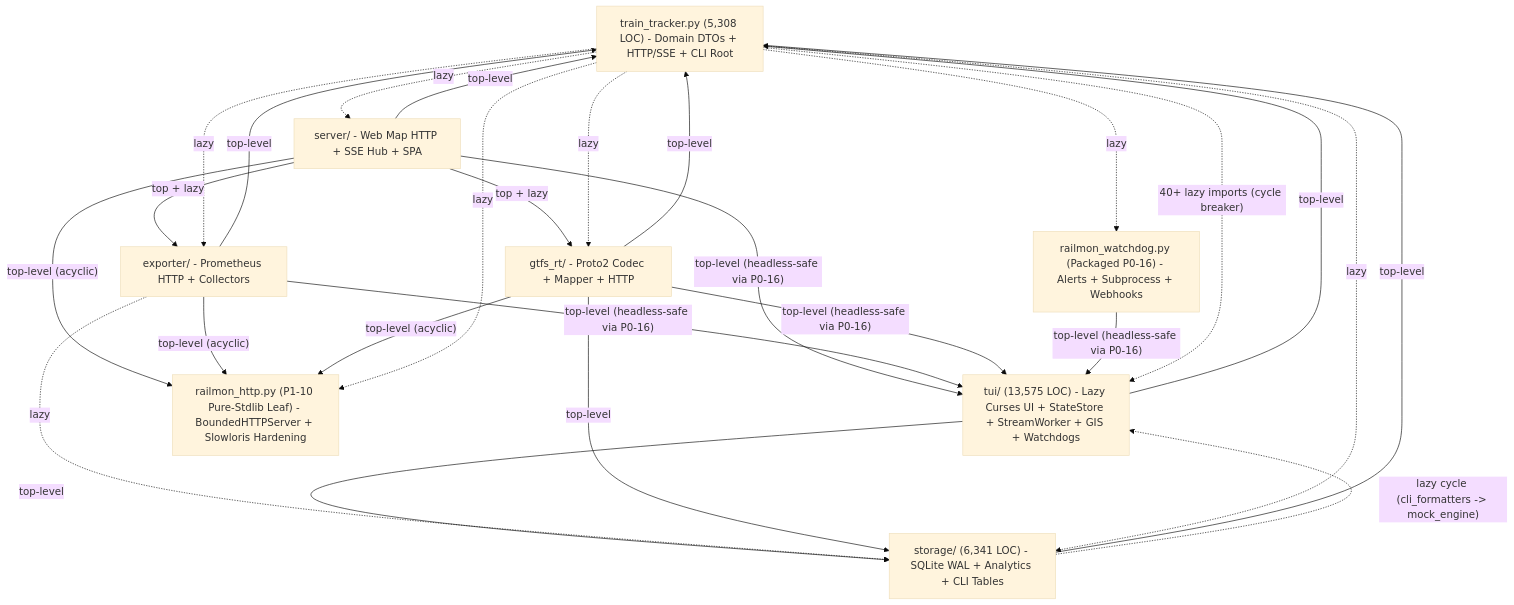
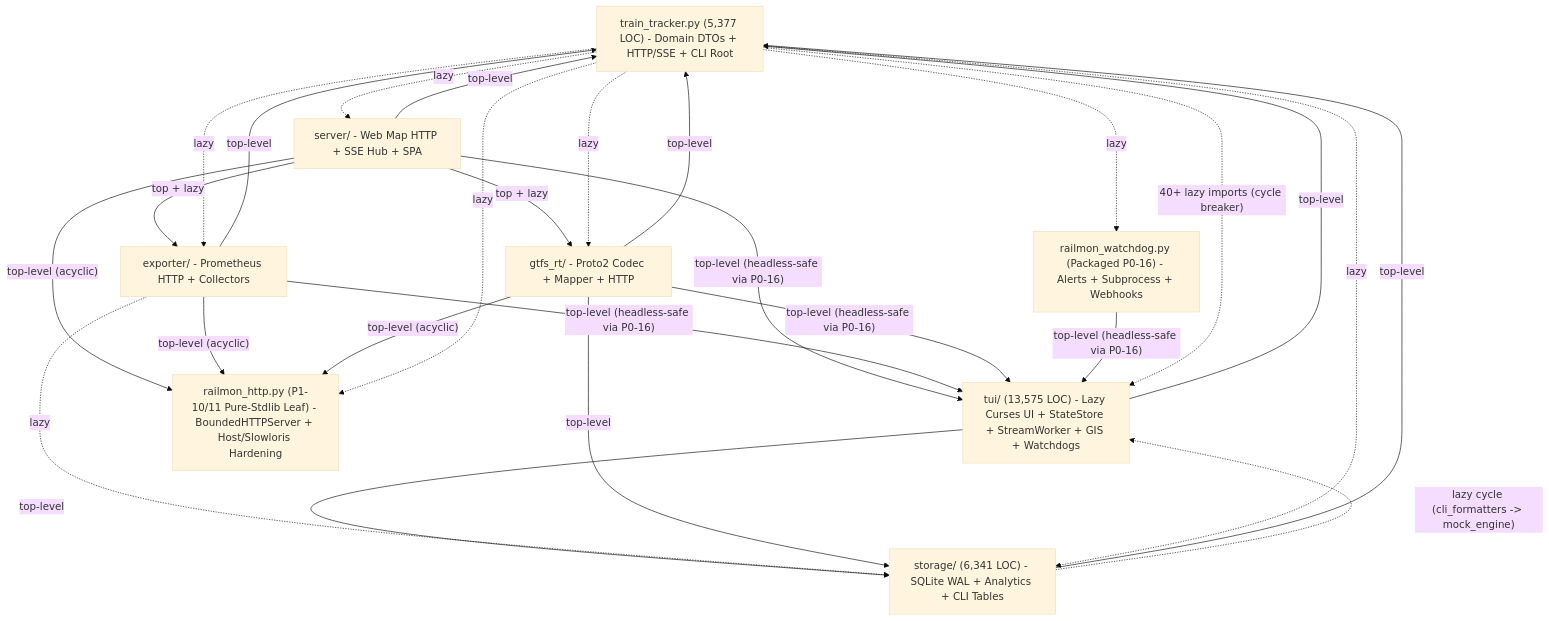
Before and after one commit to svagionitis/railmon: the first of 2 diagrams in docs/architecture/codebase-architecture-review.md, drawn with Mermaid (base theme). The commit also changed other lines of this file and 8 other files, not shown here.

````diff
--- a/docs/architecture/codebase-architecture-review.md
+++ b/docs/architecture/codebase-architecture-review.md
@@ -77,37 +77,37 @@
 ```mermaid
 flowchart TD
-    TT["train_tracker.py (5,308 LOC) - Domain DTOs + HTTP/SSE + CLI Root"]
+    TT["train_tracker.py (5,377 LOC) - Domain DTOs + HTTP/SSE + CLI Root"]
     TUI["tui/ (13,575 LOC) - Lazy Curses UI + StateStore + StreamWorker + GIS + Watchdogs"]
     STO["storage/ (6,341 LOC) - SQLite WAL + Analytics + CLI Tables"]
     SRV["server/ - Web Map HTTP + SSE Hub + SPA"]
     EXP["exporter/ - Prometheus HTTP + Collectors"]
     GTF["gtfs_rt/ - Proto2 Codec + Mapper + HTTP"]
     WDG["railmon_watchdog.py (Packaged P0-16) - Alerts + Subprocess + Webhooks"]
-    HTTP["railmon_http.py (P1-10 Pure-Stdlib Leaf) - BoundedHTTPServer + Slowloris Hardening"]
+    HTTP["railmon_http.py (P1-10/11 Pure-Stdlib Leaf) - BoundedHTTPServer + Host/Slowloris Hardening"]
 
     TUI -->|"top-level"| TT
     TUI -->|"top-level"| STO
     STO -->|"top-level"| TT
     STO -.->|"lazy cycle (cli_formatters -> mock_engine)"| TUI
     SRV -->|"top-level"| TT
     SRV -->|"top-level (headless-safe via P0-16)"| TUI
     SRV -->|"top + lazy"| EXP
     SRV -->|"top + lazy"| GTF
     SRV -->|"top-level (acyclic)"| HTTP
     EXP -->|"top-level"| TT
     EXP -->|"top-level (headless-safe via P0-16)"| TUI
     EXP -.->|"lazy"| STO
     EXP -->|"top-level (acyclic)"| HTTP
     GTF -->|"top-level"| TT
     GTF -->|"top-level (headless-safe via P0-16)"| TUI
     GTF -->|"top-level"| STO
     GTF -->|"top-level (acyclic)"| HTTP
     WDG -->|"top-level (headless-safe via P0-16)"| TUI
     TT -.->|"40+ lazy imports (cycle breaker)"| TUI
     TT -.->|"lazy"| STO
     TT -.->|"lazy"| SRV
     TT -.->|"lazy"| EXP
     TT -.->|"lazy"| GTF
     TT -.->|"lazy"| WDG
     TT -.->|"lazy"| HTTP
 ```
````
